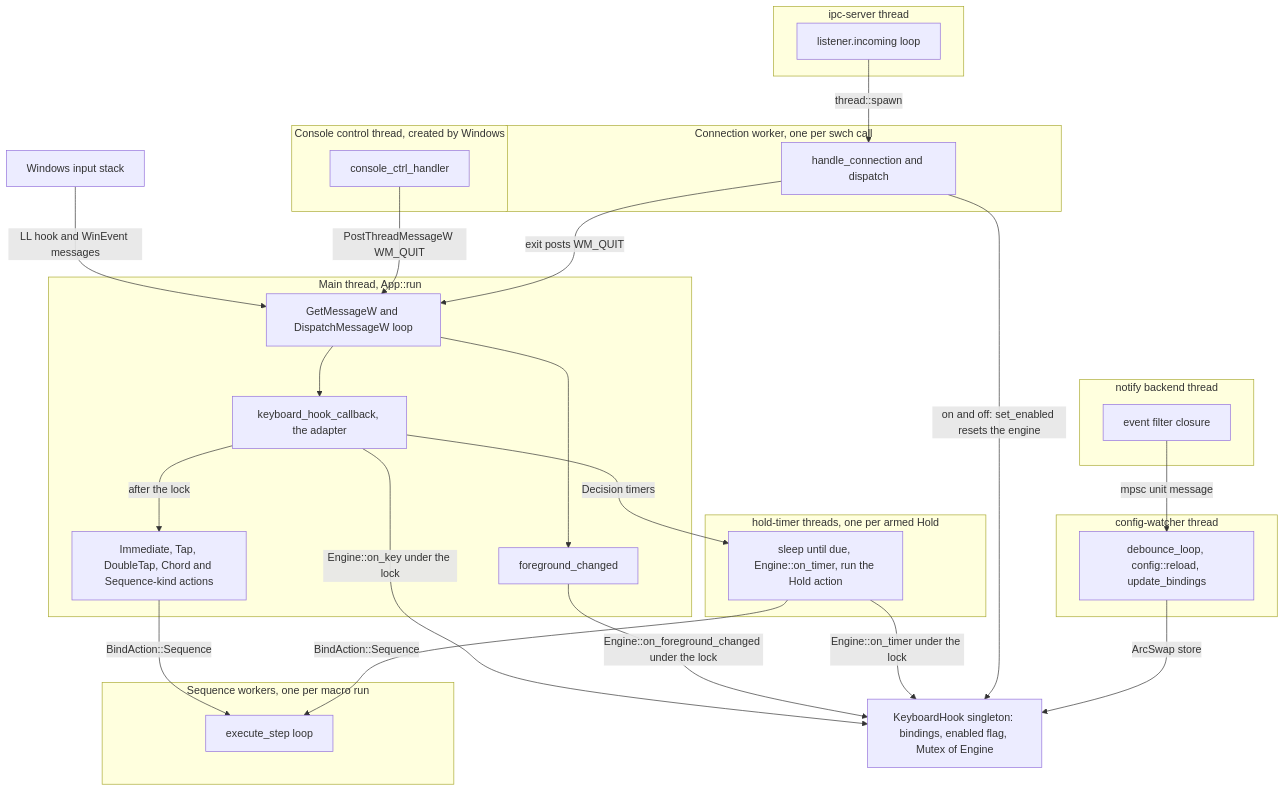
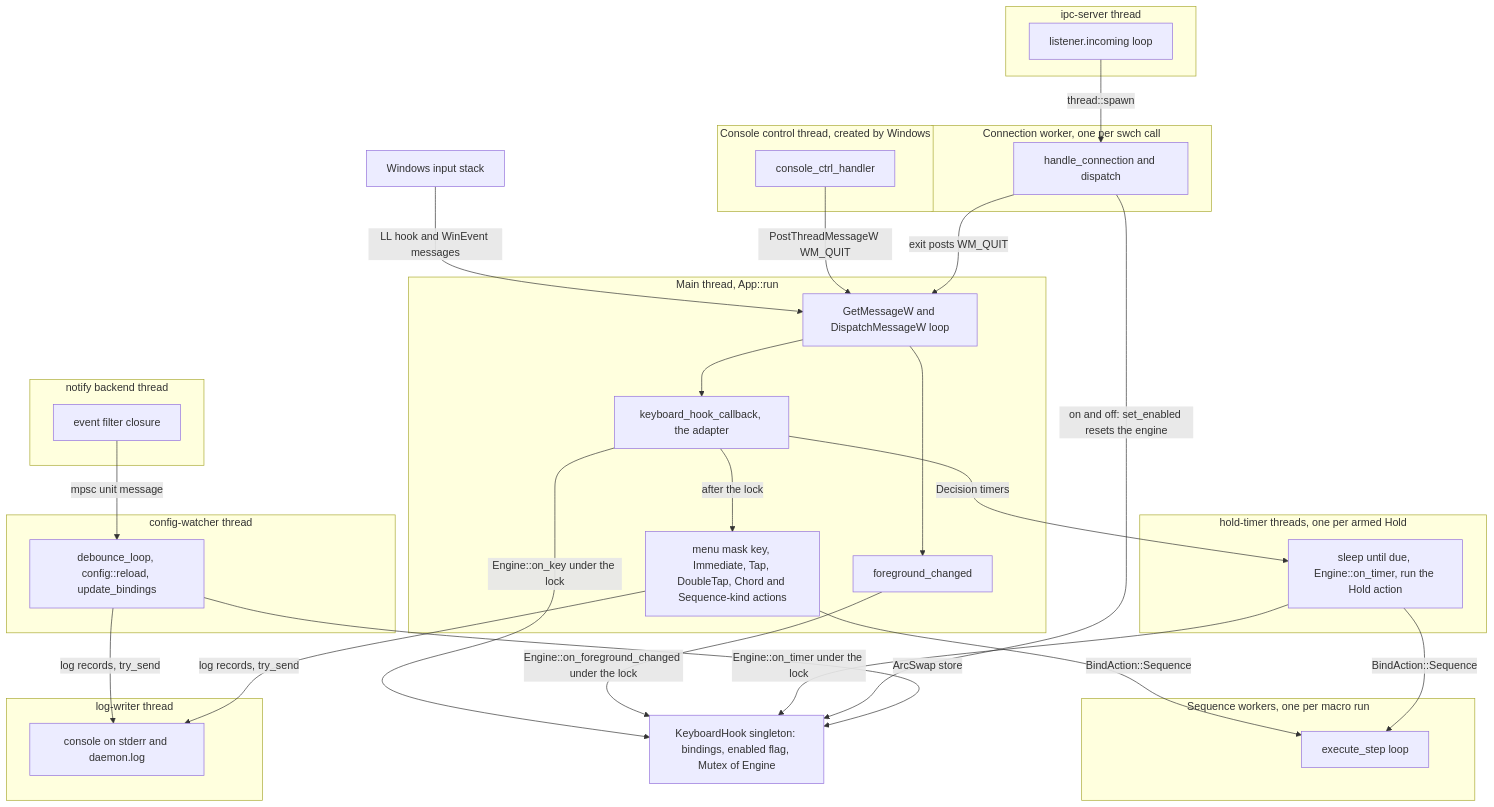
One commit to bluesteelll/key-switch-rs changed the second of 7 diagrams in book/src/architecture.md. Above: the diagram before and after it, drawn with Mermaid. The commit also changed other lines of this file and 19 other files, not shown here.

First line of the commit message:
Book: describe master after roadmap Phase 1 (20af28d)

````diff
--- a/book/src/architecture.md
+++ b/book/src/architecture.md
@@ -108,48 +123,53 @@
 ```mermaid
 flowchart TD
     OS["Windows input stack"]
     HOOK["KeyboardHook singleton: bindings, enabled flag, Mutex of Engine"]
     subgraph MAIN["Main thread, App::run"]
         LOOP["GetMessageW and DispatchMessageW loop"]
         KCB["keyboard_hook_callback, the adapter"]
         FG["foreground_changed"]
-        ACTS["Immediate, Tap, DoubleTap, Chord and Sequence-kind actions"]
+        ACTS["menu mask key, Immediate, Tap, DoubleTap, Chord and Sequence-kind actions"]
     end
     subgraph CTRL["Console control thread, created by Windows"]
         CCH["console_ctrl_handler"]
     end
     subgraph IPCT["ipc-server thread"]
         ACC["listener.incoming loop"]
     end
     subgraph CONN["Connection worker, one per swch call"]
         DISP["handle_connection and dispatch"]
     end
     subgraph NTF["notify backend thread"]
         FILT["event filter closure"]
     end
     subgraph DEB["config-watcher thread"]
         DL["debounce_loop, config::reload, update_bindings"]
     end
     subgraph TMR["hold-timer threads, one per armed Hold"]
         HT["sleep until due, Engine::on_timer, run the Hold action"]
     end
     subgraph SQW["Sequence workers, one per macro run"]
         STEPS["execute_step loop"]
     end
+    subgraph LWT["log-writer thread"]
+        LW["console on stderr and daemon.log"]
+    end
     OS -->|"LL hook and WinEvent messages"| LOOP
     LOOP --> KCB
     LOOP --> FG
     KCB -->|"Engine::on_key under the lock"| HOOK
     FG -->|"Engine::on_foreground_changed under the lock"| HOOK
     KCB -->|"after the lock"| ACTS
     KCB -->|"Decision timers"| HT
     HT -->|"Engine::on_timer under the lock"| HOOK
     ACTS -->|"BindAction::Sequence"| STEPS
     HT -->|"BindAction::Sequence"| STEPS
     CCH -->|"PostThreadMessageW WM_QUIT"| LOOP
     ACC -->|"thread::spawn"| DISP
     DISP -->|"on and off: set_enabled resets the engine"| HOOK
     DISP -->|"exit posts WM_QUIT"| LOOP
     FILT -->|"mpsc unit message"| DL
     DL -->|"ArcSwap store"| HOOK
+    DL -->|"log records, try_send"| LW
+    ACTS -->|"log records, try_send"| LW
 ```
````
